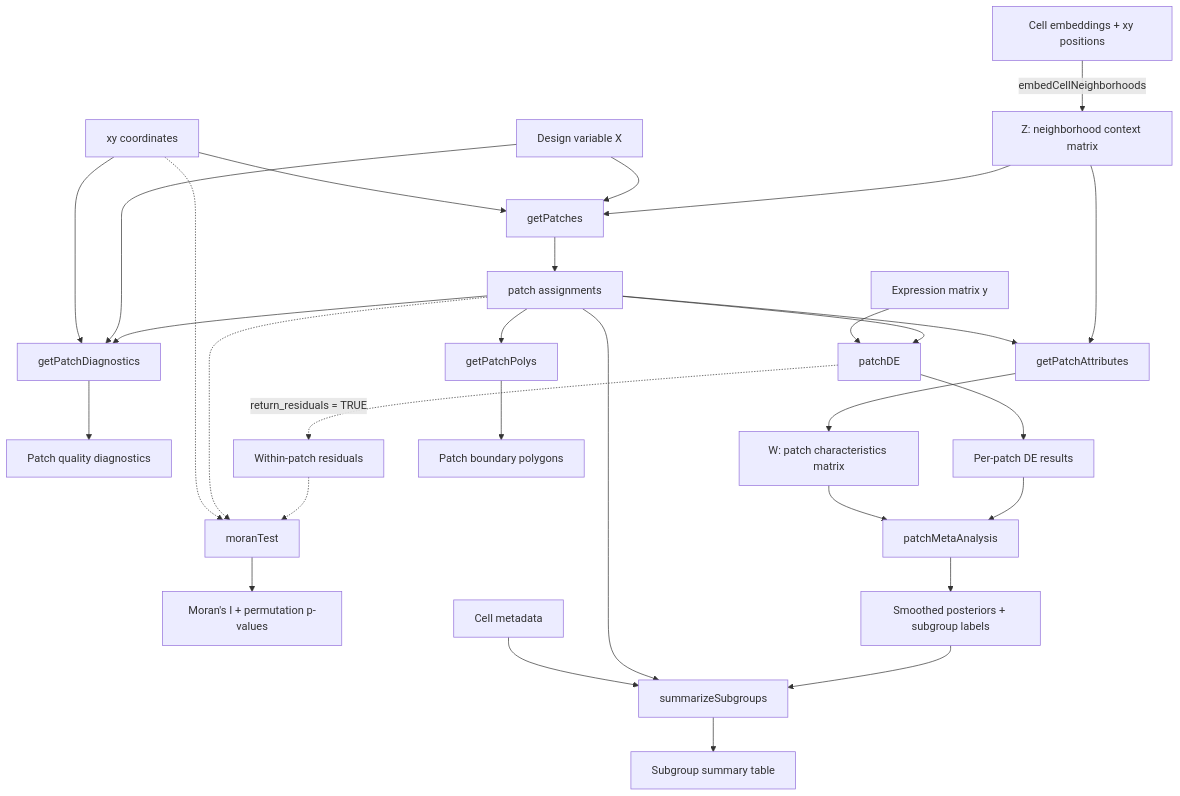
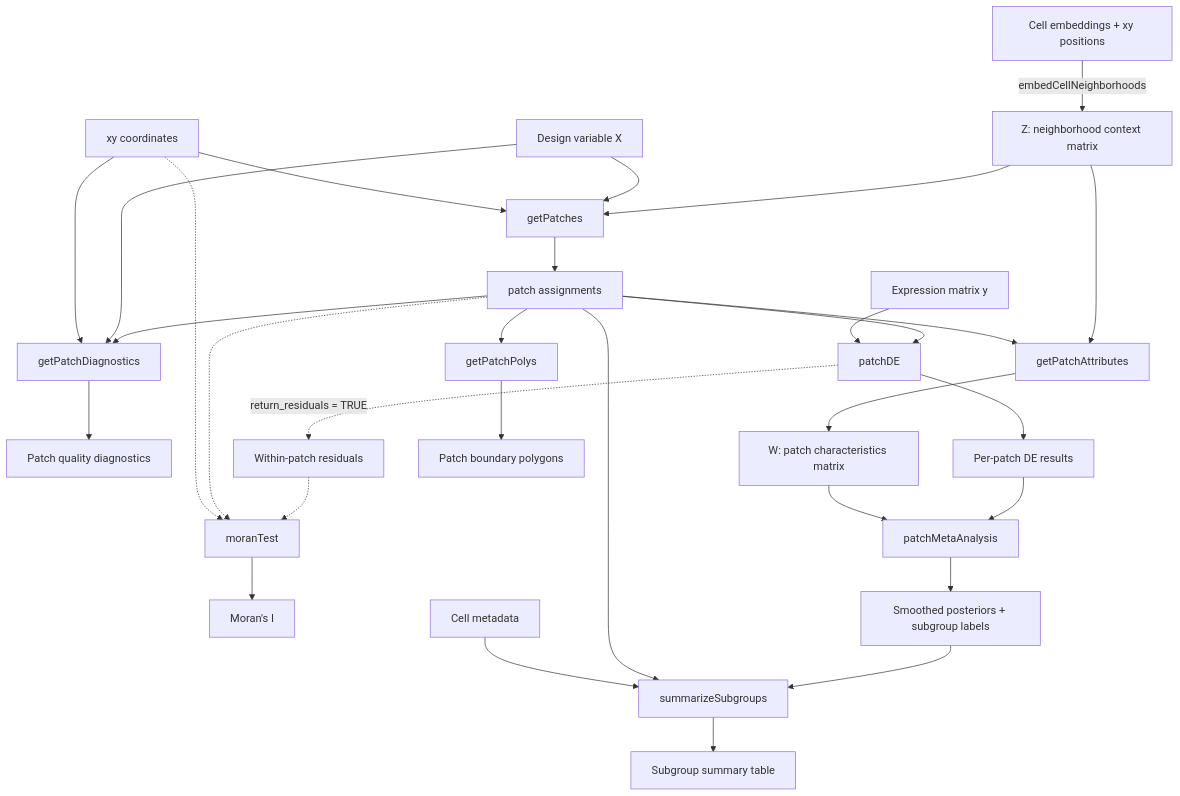
The diagram in README.md (mcalgaro93/SpaceMosaic), drawn with Mermaid before and after one commit. The commit also changed other lines of this file and 8 other files, not shown here.

First line of the commit message:
Make Moran permutation testing optional

````diff
--- a/README.md
+++ b/README.md
@@ -13,39 +13,39 @@
 ```mermaid
 flowchart TD
     A[Cell embeddings + xy positions] -->|embedCellNeighborhoods| B[Z: neighborhood context matrix]
     B --> C[getPatches]
     X[Design variable X] --> C
     XY[xy coordinates] --> C
     C --> D[patch assignments]
 
     D --> Q[getPatchDiagnostics]
     X --> Q
     XY --> Q
     Q --> QD[Patch quality diagnostics]
     
     D --> E[patchDE]
     Y[Expression matrix y] --> E
     E --> F[Per-patch DE results]
 
     E -.->|return_residuals = TRUE| R[Within-patch residuals]
     R -.-> MI[moranTest]
     D -.-> MI
     XY -.-> MI
-    MI --> MD[Moran's I + permutation p-values]
+    MI --> MD[Moran's I]
     
     B --> G[getPatchAttributes]
     D --> G
     G --> H[W: patch characteristics matrix]
     
     F --> I[patchMetaAnalysis]
     H --> I
     I --> J[Smoothed posteriors + subgroup labels]
     
     J --> K[summarizeSubgroups]
     D --> K
     META[Cell metadata] --> K
     K --> L[Subgroup summary table]
     
     D --> M[getPatchPolys]
     M --> N[Patch boundary polygons]
 ```
````
